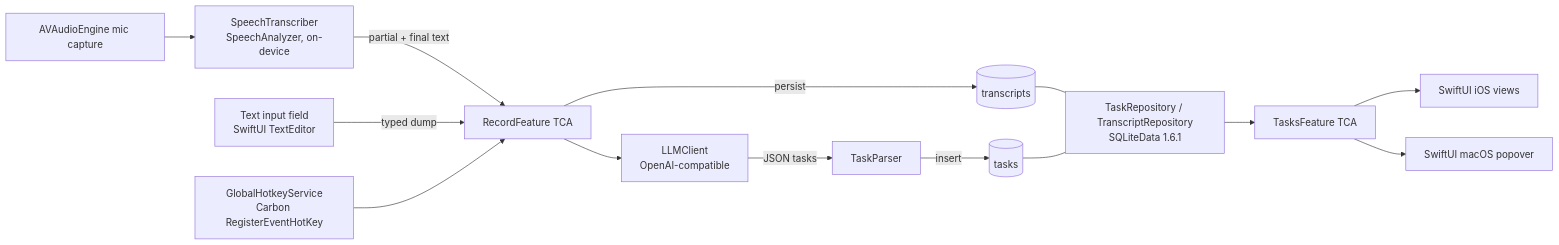
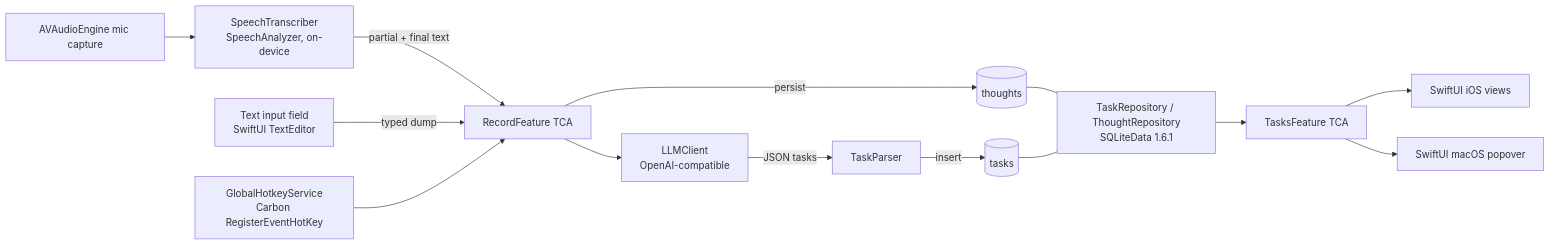
Before and after one commit to OpenTile/Slush: the second of 2 diagrams in DOC/ARCHITECTURE.md, drawn with Mermaid. The commit also changed other lines of this file and 20 other files, not shown here.

````diff
--- a/DOC/ARCHITECTURE.md
+++ b/DOC/ARCHITECTURE.md
@@ -7,15 +21,15 @@
 ```mermaid
 flowchart LR
     Mic[AVAudioEngine mic capture] --> ST[SpeechTranscriber<br/>SpeechAnalyzer, on-device]
     ST -->|partial + final text| RF[RecordFeature TCA]
     Text[Text input field<br/>SwiftUI TextEditor] -->|typed dump| RF
-    RF -->|persist| TR[(transcripts)]
+    RF -->|persist| TH[(thoughts)]
     RF --> LLM[LLMClient<br/>OpenAI-compatible]
     LLM -->|JSON tasks| TP[TaskParser]
     TP -->|insert| TS[(tasks)]
-    TR & TS --- Repo[TaskRepository / TranscriptRepository<br/>SQLiteData 1.6.1]
+    TH & TS --- Repo[TaskRepository / ThoughtRepository<br/>SQLiteData 1.6.1]
     Repo --> TF[TasksFeature TCA]
     TF --> UIiOS[SwiftUI iOS views]
     TF --> UIMac[SwiftUI macOS popover]
     Hotkey[GlobalHotkeyService<br/>Carbon RegisterEventHotKey] --> RF
 ```
````
